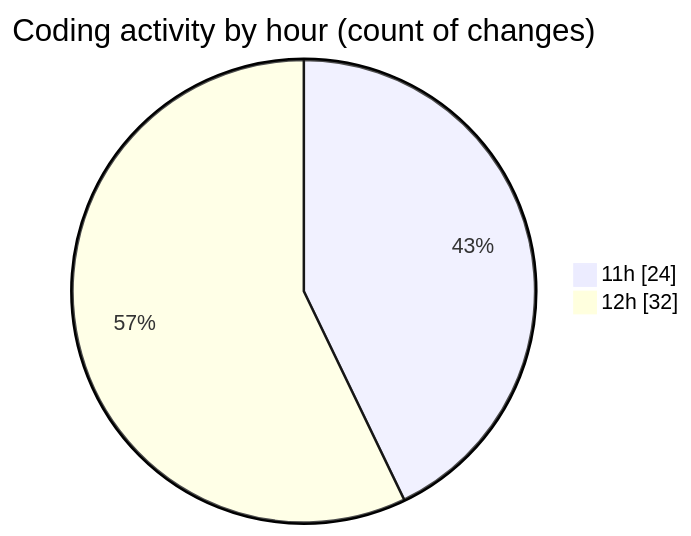
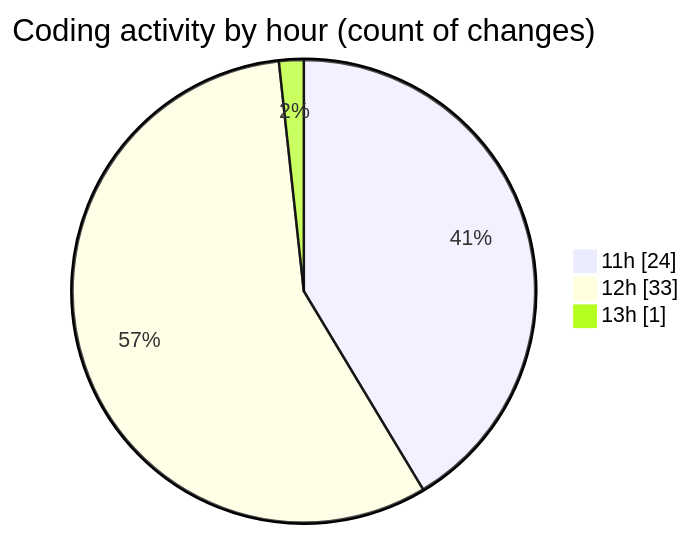
One commit to vahidmafi/code-tracking changed the second of 2 diagrams in 2025-07-21/shop/README.md. Above: the diagram before and after it, drawn with Mermaid. The commit also changed other lines of this file and 1 other file, not shown here.

````diff
--- a/2025-07-21/shop/README.md
+++ b/2025-07-21/shop/README.md
@@ -35,6 +35,7 @@
 ```mermaid
 pie showData
 title Coding activity by hour (count of changes)
 "11h" : 24
-"12h" : 32
+"12h" : 33
+"13h" : 1
 ```
````
